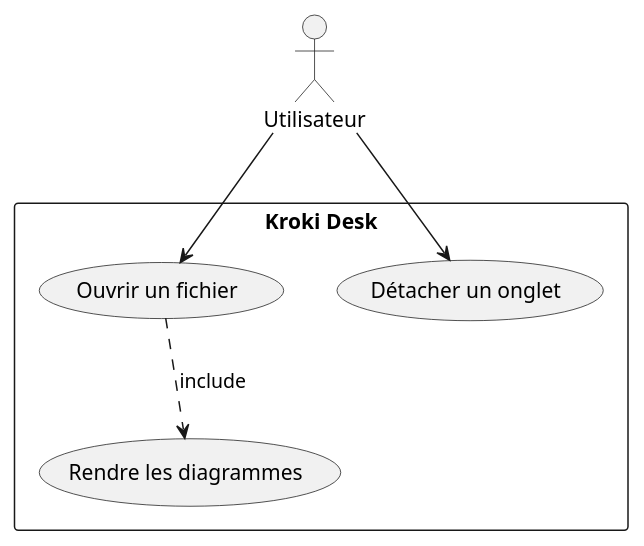
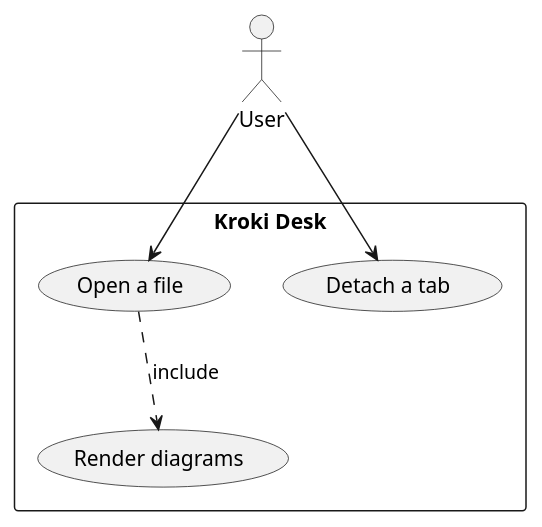
Before and after one commit to vdidon/kroki-deskapp: the third of 6 diagrams in samples/demo.md, drawn with PlantUML. The commit also changed other lines of this file and 10 other files, not shown here.

````diff
--- a/samples/demo.md
+++ b/samples/demo.md
@@ -63,14 +63,14 @@
 ```plantuml
 @startuml
 skinparam shadowing false
-actor Utilisateur
+actor User
 rectangle "Kroki Desk" {
-  usecase "Ouvrir un fichier" as UC1
-  usecase "Détacher un onglet" as UC2
-  usecase "Rendre les diagrammes" as UC3
+  usecase "Open a file" as UC1
+  usecase "Detach a tab" as UC2
+  usecase "Render diagrams" as UC3
 }
-Utilisateur --> UC1
-Utilisateur --> UC2
+User --> UC1
+User --> UC2
 UC1 ..> UC3 : include
 @enduml
 ```
````
